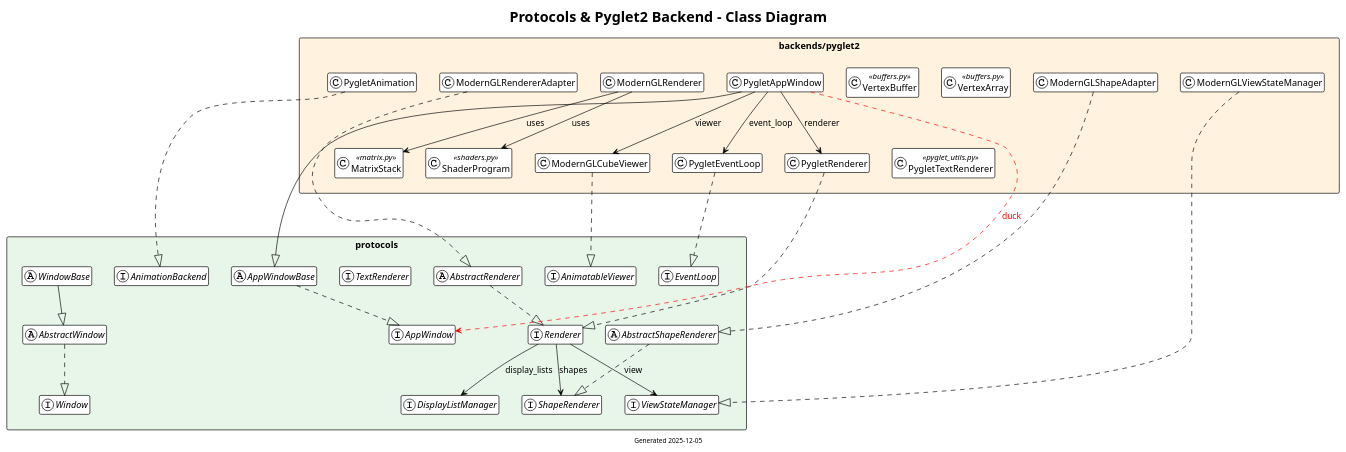
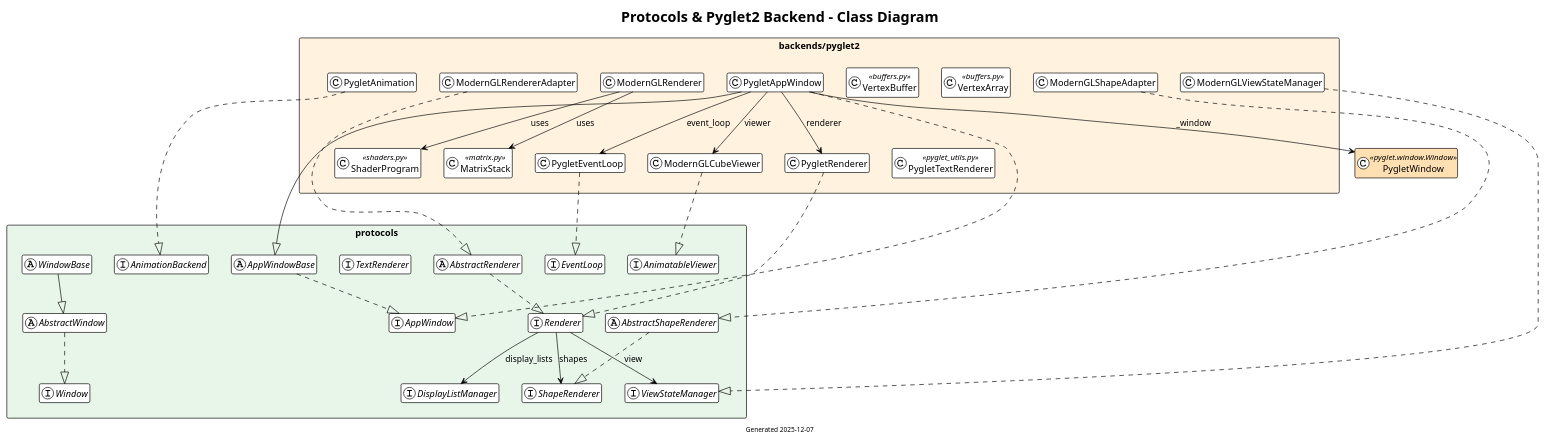
One commit to boaznahum/cubesolve changed the diagram in docs/design/protocols_pyglet2.puml. Above: the diagram before and after it, drawn with PlantUML. The commit also changed 6 other files, not shown here.

First line of the commit message:
Refactor PygletAppWindow to use composition pattern

```diff
--- a/docs/design/protocols_pyglet2.puml
+++ b/docs/design/protocols_pyglet2.puml
@@ -1,102 +1,108 @@
 @startuml protocols_pyglet2
 !theme plain
 skinparam classAttributeIconSize 0
 hide members
 
 title Protocols & Pyglet2 Backend - Class Diagram
-footer Generated 2025-12-05
+footer Generated 2025-12-07
 
 ' ============================================
 ' PROTOCOLS (Interfaces) - TOP
 ' ============================================
 package "protocols" as P <<Rectangle>> #E8F5E9 {
     interface Renderer
     interface ShapeRenderer
     interface DisplayListManager
     interface ViewStateManager
     interface EventLoop
     interface AppWindow
     interface AnimationBackend
     interface AnimatableViewer
     interface TextRenderer
     interface Window
 
     ' Abstract base classes (no-op defaults)
     abstract class AbstractRenderer
     abstract class AbstractShapeRenderer
     abstract class AbstractWindow
 
     ' Base classes (real shared implementation)
     abstract class AppWindowBase
     abstract class WindowBase
 
     ' Protocol relationships
     Renderer --> ShapeRenderer : shapes
     Renderer --> DisplayListManager : display_lists
     Renderer --> ViewStateManager : view
 
     AbstractRenderer ..|> Renderer
     AbstractShapeRenderer ..|> ShapeRenderer
     AbstractWindow ..|> Window
     AppWindowBase ..|> AppWindow
     WindowBase --|> AbstractWindow
 }
 
 ' ============================================
 ' PYGLET2 BACKEND (Modern OpenGL) - BOTTOM
 ' ============================================
 package "backends/pyglet2" as B <<Rectangle>> #FFF3E0 {
     ' Protocol implementations
     class PygletRenderer
     class PygletEventLoop
     class PygletAppWindow
     class PygletAnimation
 
     ' Modern GL components
     class ModernGLRenderer
     class ModernGLCubeViewer
 
     ' Modern GL adapters (properly inherit from protocols/abstract classes)
     class ModernGLViewStateManager
     class ModernGLShapeAdapter
     class ModernGLRendererAdapter
 
     ' Support classes
     class ShaderProgram <<shaders.py>>
     class MatrixStack <<matrix.py>>
     class VertexBuffer <<buffers.py>>
     class VertexArray <<buffers.py>>
     class PygletTextRenderer <<pyglet_utils.py>>
 }
 
 ' Force protocols package above pyglet2 package
 P -[hidden]down- B
 
 ' ============================================
 ' PROPER PROTOCOL IMPLEMENTATIONS (normal dashed line)
 ' ============================================
 PygletRenderer ..|> Renderer
 PygletEventLoop ..|> EventLoop
 PygletAnimation ..|> AnimationBackend
 ModernGLCubeViewer ..|> AnimatableViewer
 ModernGLViewStateManager ..|> ViewStateManager
 ModernGLShapeAdapter ..|> AbstractShapeRenderer
 ModernGLRendererAdapter ..|> AbstractRenderer
 
 ' ============================================
-' DUCK TYPING - implements protocol but doesn't inherit (bold red)
-' (metaclass conflict with pyglet.window.Window)
+' COMPOSITION PATTERN - PygletWindow wraps pyglet.window.Window
+' PygletAppWindow properly implements AppWindow protocol
 ' ============================================
-PygletAppWindow .[#FF0000,bold,dashed].> AppWindow : <color:red>duck
 
-' PygletAppWindow inherits from AppWindowBase (now in protocols)
+' PygletAppWindow inherits from AppWindowBase AND implements AppWindow
 PygletAppWindow --|> AppWindowBase
+PygletAppWindow ..|> AppWindow
+
+' PygletWindow is the pyglet.window.Window wrapper (composition)
+class PygletWindow <<pyglet.window.Window>> #FFE0B2
+
+' Composition relationship
+PygletAppWindow --> PygletWindow : _window
 
 ' Internal relationships
 PygletAppWindow --> PygletRenderer : renderer
 PygletAppWindow --> PygletEventLoop : event_loop
 PygletAppWindow --> ModernGLCubeViewer : viewer
 ModernGLRenderer --> ShaderProgram : uses
 ModernGLRenderer --> MatrixStack : uses
 
 @enduml
```
